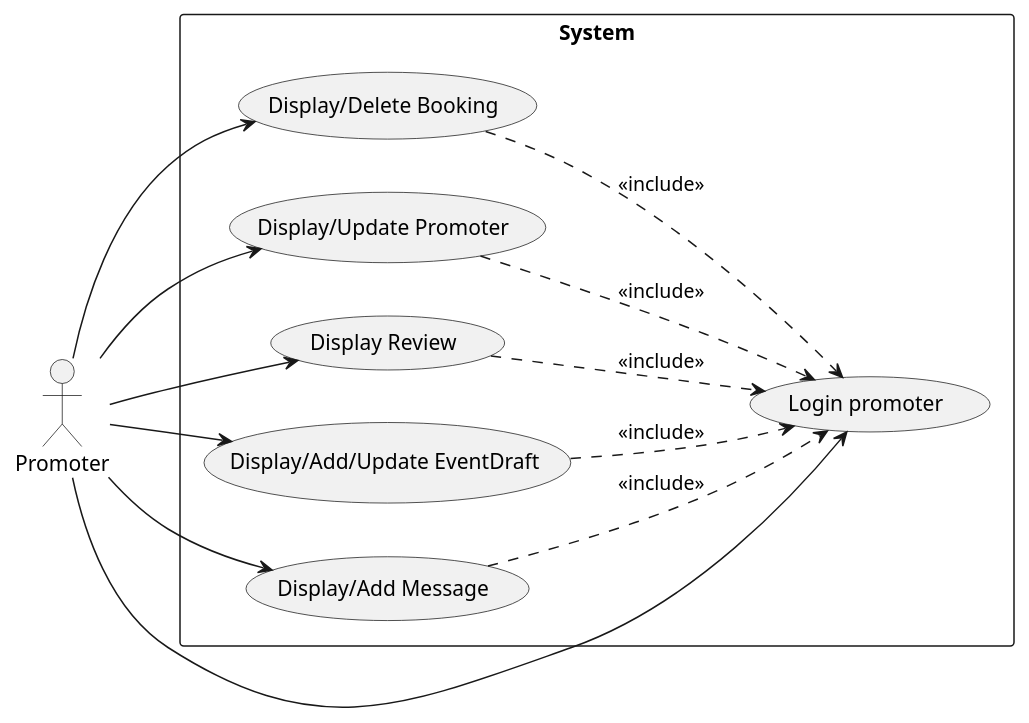
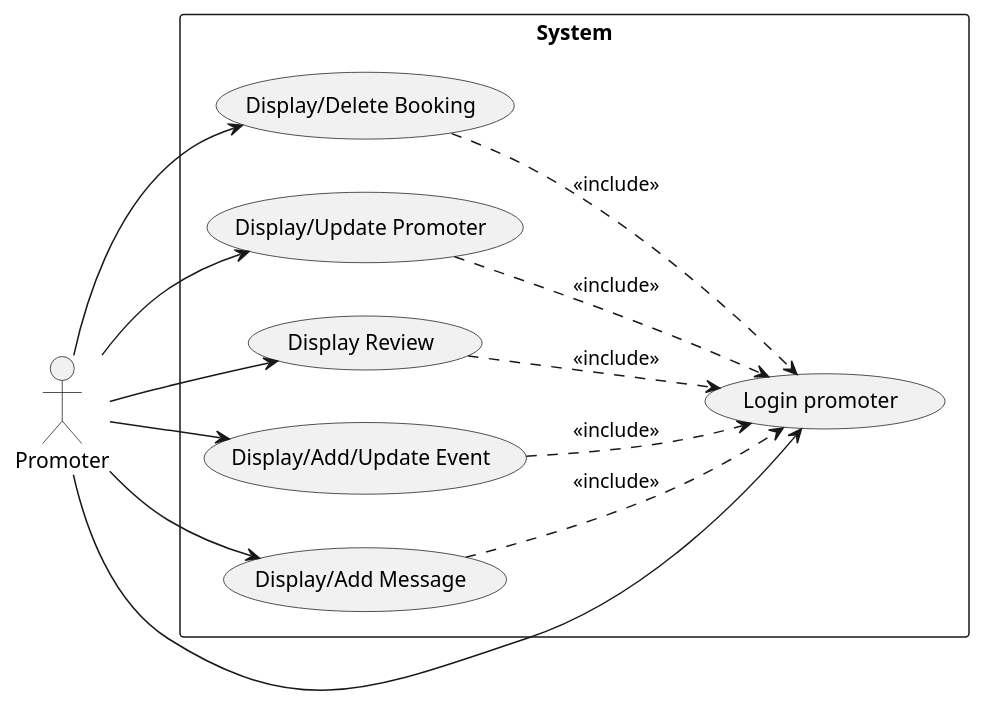
The diagram in backend/Diagrams/UseCase/PareidoliaUseCasePromoter.puml (EvenCiampa/Pareidolia), drawn with PlantUML before and after one commit.

```diff
--- a/backend/Diagrams/UseCase/PareidoliaUseCasePromoter.puml
+++ b/backend/Diagrams/UseCase/PareidoliaUseCasePromoter.puml
@@ -1,19 +1,19 @@
 @startuml
 left to right direction
 actor "Promoter"
 
 
 rectangle System{
 	Promoter -down->  (Login promoter)
 	Promoter -down-> (Display/Delete Booking)
 	(Display/Delete Booking) ..> (Login promoter): <<include>>
 	Promoter -down-> (Display/Update Promoter)
 	(Display/Update Promoter) ..> (Login promoter): <<include>>
 	Promoter -down-> (Display Review)
 	(Display Review) ..> (Login promoter): <<include>>
-	Promoter -down-> (Display/Add/Update EventDraft)
-    (Display/Add/Update EventDraft) ..> (Login promoter): <<include>>
+	Promoter -down-> (Display/Add/Update Event)
+    (Display/Add/Update Event) ..> (Login promoter): <<include>>
     Promoter -down-> (Display/Add Message)
     (Display/Add Message) ..> (Login promoter): <<include>>
 }
 @enduml
```
